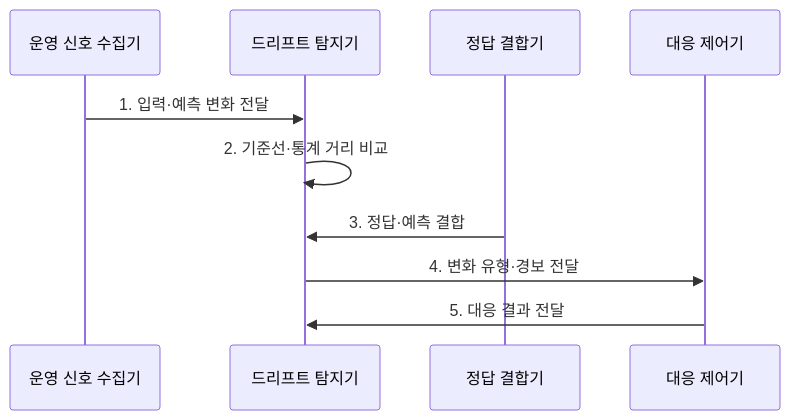
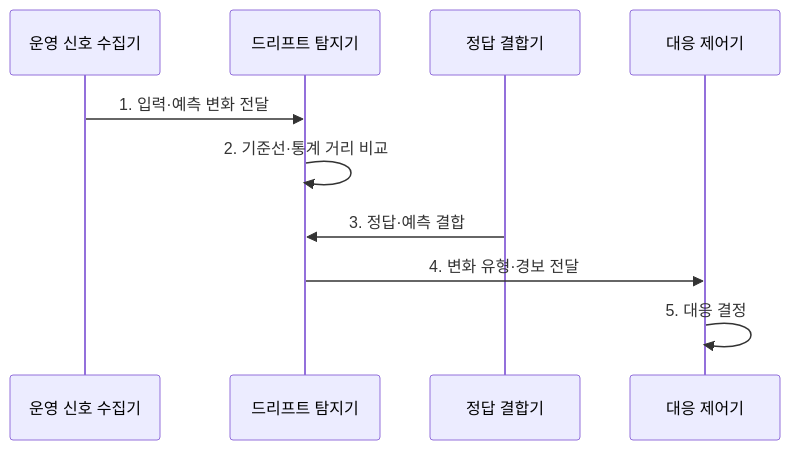
Before and after one commit to agnusdei1207/knowledge-base: the second of 2 diagrams in src/content/docs/notes/03-software/206_model_monitoring_drift_detection.md, drawn with Mermaid. The commit also changed other lines of this file and 20 other files, not shown here.

````diff
--- a/src/content/docs/notes/03-software/206_model_monitoring_drift_detection.md
+++ b/src/content/docs/notes/03-software/206_model_monitoring_drift_detection.md
@@ -89,13 +91,13 @@
 ```mermaid
 sequenceDiagram
     participant O as 운영 신호 수집기
     participant D as 드리프트 탐지기
     participant L as 정답 결합기
     participant R as 대응 제어기
     O->>D: 1. 입력·예측 변화 전달
     D->>D: 2. 기준선·통계 거리 비교
     L->>D: 3. 정답·예측 결합
     D->>R: 4. 변화 유형·경보 전달
-    R->>D: 5. 대응 결과 전달
+    R->>R: 5. 대응 결정
 
 ```
````
